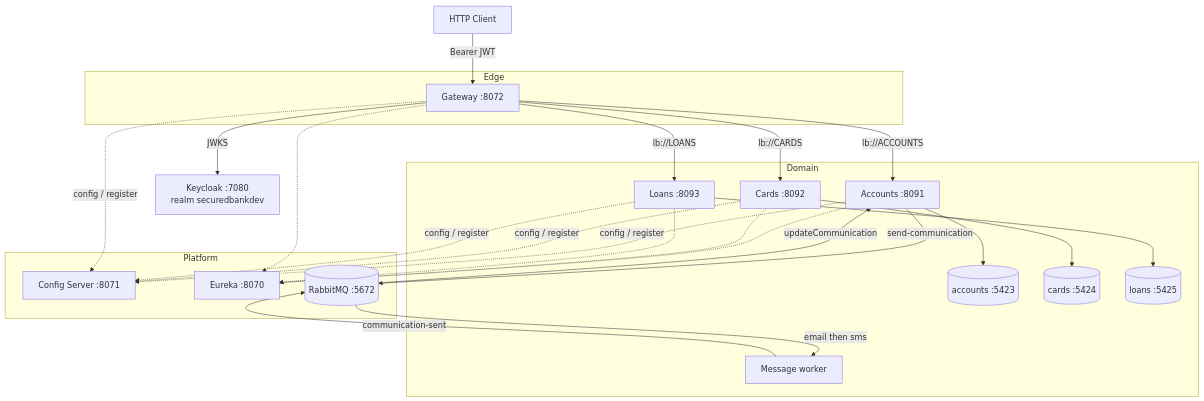
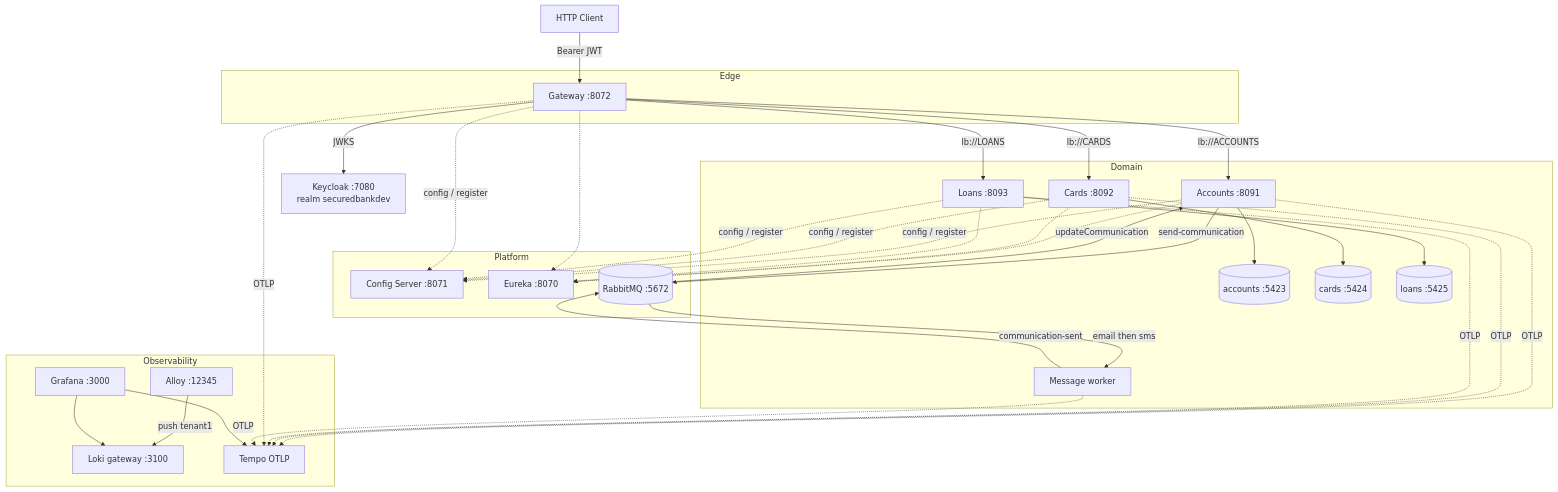
The first of 2 diagrams in README.md (cham207388/master-ms-sb), drawn with Mermaid before and after one commit. The commit also changed other lines of this file, not shown here.

````diff
--- a/README.md
+++ b/README.md
@@ -18,43 +28,55 @@
 ```mermaid
 flowchart TB
   Client[HTTP Client]
   KC[Keycloak :7080<br/>realm securedbankdev]
 
   subgraph edge [Edge]
     GW[Gateway :8072]
   end
 
   subgraph platform [Platform]
     CFG[Config Server :8071]
     EU[Eureka :8070]
     RMQ[(RabbitMQ :5672)]
   end
 
   subgraph domain [Domain]
     ACC[Accounts :8091]
     CRD[Cards :8092]
     LON[Loans :8093]
     MSG[Message worker]
     ACCDB[(accounts :5423)]
     CRDDB[(cards :5424)]
     LONDB[(loans :5425)]
   end
 
+  subgraph telemetry [Observability]
+    Alloy[Alloy :12345]
+    LokiGW[Loki gateway :3100]
+    Tempo[Tempo OTLP]
+    Grafana[Grafana :3000]
+  end
+
   Client -->|Bearer JWT| GW
   GW -->|JWKS| KC
   GW -->|lb://ACCOUNTS| ACC
   GW -->|lb://CARDS| CRD
   GW -->|lb://LOANS| LON
 
   ACC --> ACCDB
   CRD --> CRDDB
   LON --> LONDB
 
   ACC & CRD & LON & GW -.->|config / register| CFG
   ACC & CRD & LON & GW -.-> EU
 
   ACC -->|send-communication| RMQ
   RMQ -->|email then sms| MSG
   MSG -->|communication-sent| RMQ
   RMQ -->|updateCommunication| ACC
+
+  Alloy -->|push tenant1| LokiGW
+  ACC & CRD & LON & GW & MSG -.->|OTLP| Tempo
+  Grafana --> LokiGW
+  Grafana --> Tempo
 ```
````
